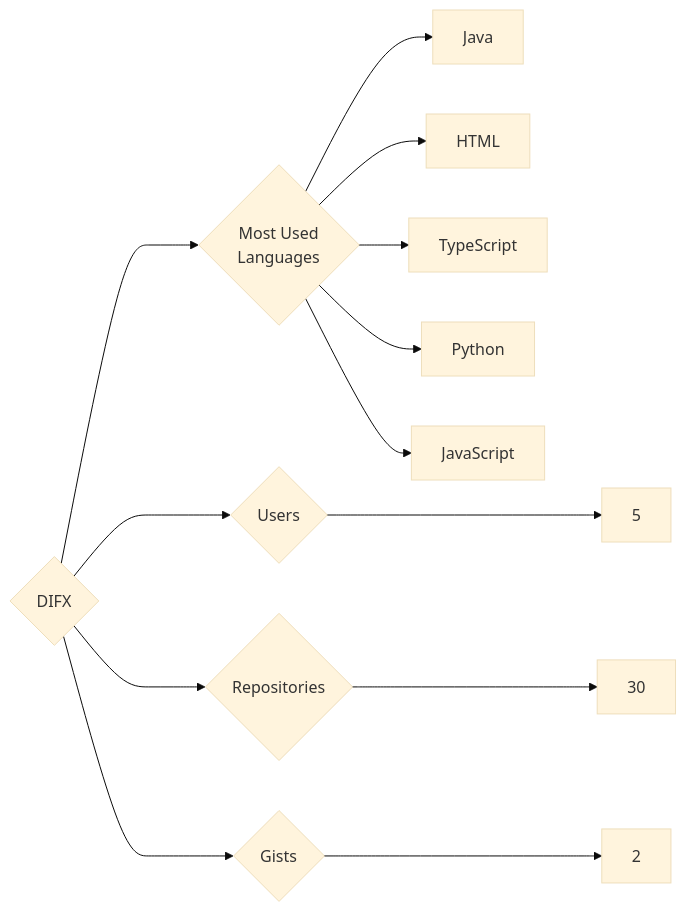
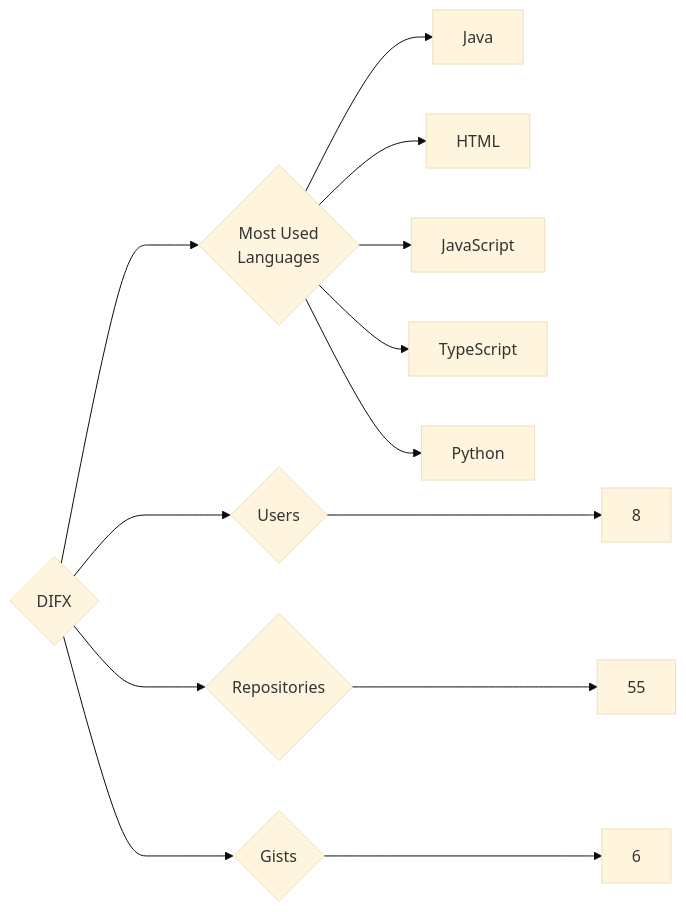
One commit to trickest/insiders changed the diagram in targets/DIFX/README.md. Above: the diagram before and after it, drawn with Mermaid (base theme). The commit also changed 857 other files, not shown here.

````diff
--- a/targets/DIFX/README.md
+++ b/targets/DIFX/README.md
@@ -3,13 +3,13 @@
 ```mermaid
 graph LR
 COMPANY_NAME{DIFX}
-COMPANY_NAME ---> U{Users} ---> UN[5]
-COMPANY_NAME ---> R{Repositories} ---> RN[30]
-COMPANY_NAME ---> G{Gists} ---> GN[2]
+COMPANY_NAME ---> U{Users} ---> UN[8]
+COMPANY_NAME ---> R{Repositories} ---> RN[55]
+COMPANY_NAME ---> G{Gists} ---> GN[6]
 COMPANY_NAME ---> ML{Most Used<br>Languages}
 ML --> Java[Java]
 ML --> HTML[HTML]
+ML --> JavaScript[JavaScript]
 ML --> TypeScript[TypeScript]
 ML --> Python[Python]
-ML --> JavaScript[JavaScript]
 ```
````
